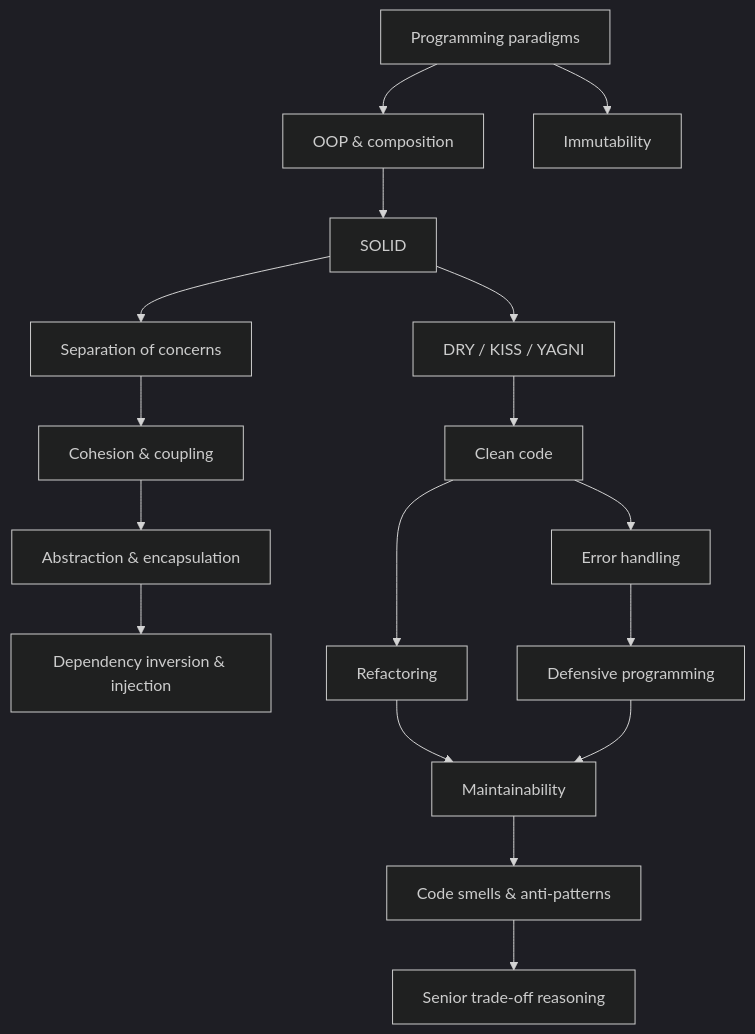
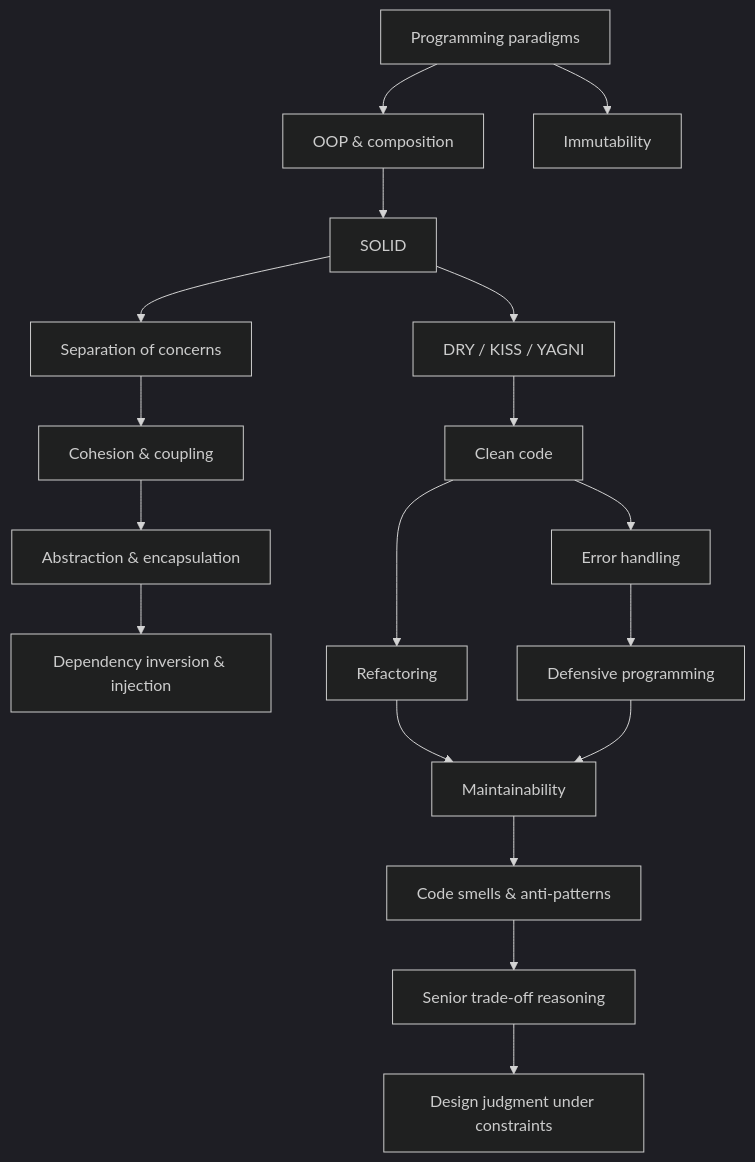
One commit to YosrBennagra/programming-principles changed the diagram in README.md. Above: the diagram before and after it, drawn with Mermaid (dark theme). The commit also changed other lines of this file and 9 other files, not shown here.

````diff
--- a/README.md
+++ b/README.md
@@ -47,19 +48,20 @@
 ```mermaid
 flowchart TD
   A[Programming paradigms] --> B[OOP & composition]
   B --> C[SOLID]
   C --> D[Separation of concerns]
   D --> E[Cohesion & coupling]
   E --> F[Abstraction & encapsulation]
   F --> G[Dependency inversion & injection]
   A --> H[Immutability]
   C --> I[DRY / KISS / YAGNI]
   I --> J[Clean code]
   J --> K[Error handling]
   J --> L[Refactoring]
   K --> M[Defensive programming]
   L --> N[Maintainability]
   M --> N
   N --> O[Code smells & anti-patterns]
   O --> P[Senior trade-off reasoning]
+  P --> Q[Design judgment under constraints]
 ```
````
